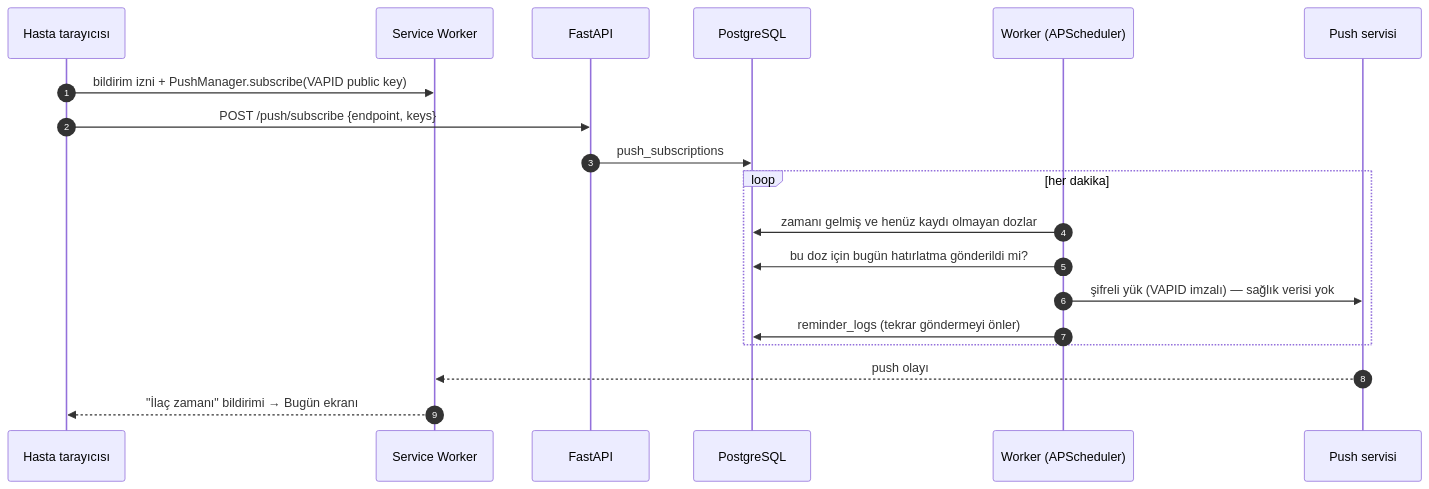
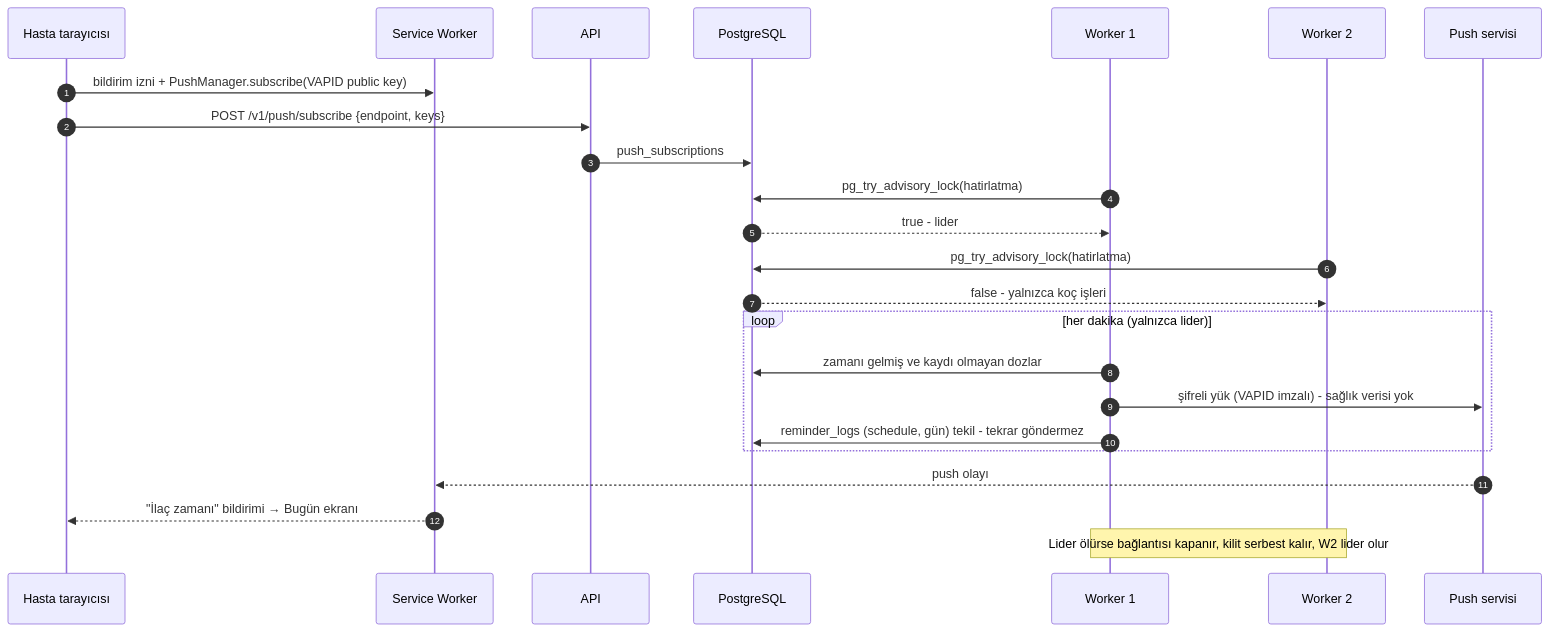
The sixth of 8 diagrams in docs/M1/05-mimari.md (Nisagwn/ilac-uyum-kocu), drawn with Mermaid before and after one commit. The commit also changed other lines of this file and 8 other files, not shown here.

````diff
--- a/docs/M1/05-mimari.md
+++ b/docs/M1/05-mimari.md
@@ -180,22 +277,27 @@
 ```mermaid
 sequenceDiagram
     autonumber
     participant H as Hasta tarayıcısı
     participant SW as Service Worker
-    participant A as FastAPI
+    participant A as API
     participant D as PostgreSQL
-    participant W as Worker (APScheduler)
+    participant W1 as Worker 1
+    participant W2 as Worker 2
     participant P as Push servisi
 
     H->>SW: bildirim izni + PushManager.subscribe(VAPID public key)
-    H->>A: POST /push/subscribe {endpoint, keys}
+    H->>A: POST /v1/push/subscribe {endpoint, keys}
     A->>D: push_subscriptions
-    loop her dakika
-        W->>D: zamanı gelmiş ve henüz kaydı olmayan dozlar
-        W->>D: bu doz için bugün hatırlatma gönderildi mi?
-        W->>P: şifreli yük (VAPID imzalı) — sağlık verisi yok
-        W->>D: reminder_logs (tekrar göndermeyi önler)
+    W1->>D: pg_try_advisory_lock(hatirlatma)
+    D-->>W1: true - lider
+    W2->>D: pg_try_advisory_lock(hatirlatma)
+    D-->>W2: false - yalnızca koç işleri
+    loop her dakika (yalnızca lider)
+        W1->>D: zamanı gelmiş ve kaydı olmayan dozlar
+        W1->>P: şifreli yük (VAPID imzalı) - sağlık verisi yok
+        W1->>D: reminder_logs (schedule, gün) tekil - tekrar göndermez
     end
     P-->>SW: push olayı
     SW-->>H: "İlaç zamanı" bildirimi → Bugün ekranı
+    Note over W1,W2: Lider ölürse bağlantısı kapanır, kilit serbest kalır, W2 lider olur
 ```
````
